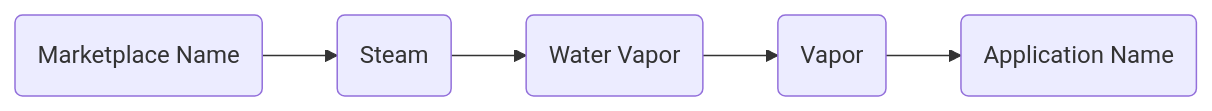
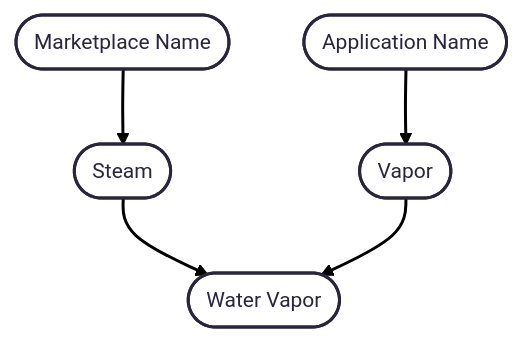
Before and after one commit to nimilgp/Vapor: the diagram in README.md, drawn with Mermaid. The commit also changed other lines of this file, not shown here.

Commit message:
cool md chart

````diff
--- a/README.md
+++ b/README.md
@@ -25,7 +25,12 @@
 ```mermaid
-flowchart LR
-  A(Marketplace Name) --> B(Steam)
-  B(Steam) --> C(Water Vapor)
-  C(Water Vapor) --> D(Vapo)
-  D(Vapor) --> E(Application Name)
+---
+config:
+  theme: redux
+---
+flowchart TD
+    A(["Marketplace Name"]) --> n1(["Steam"])
+    n1 --> n2(["Water Vapor"])
+    n3(["Application Name"]) --> n4(["Vapor"])
+    n4 --> n2
+
 ```
````
